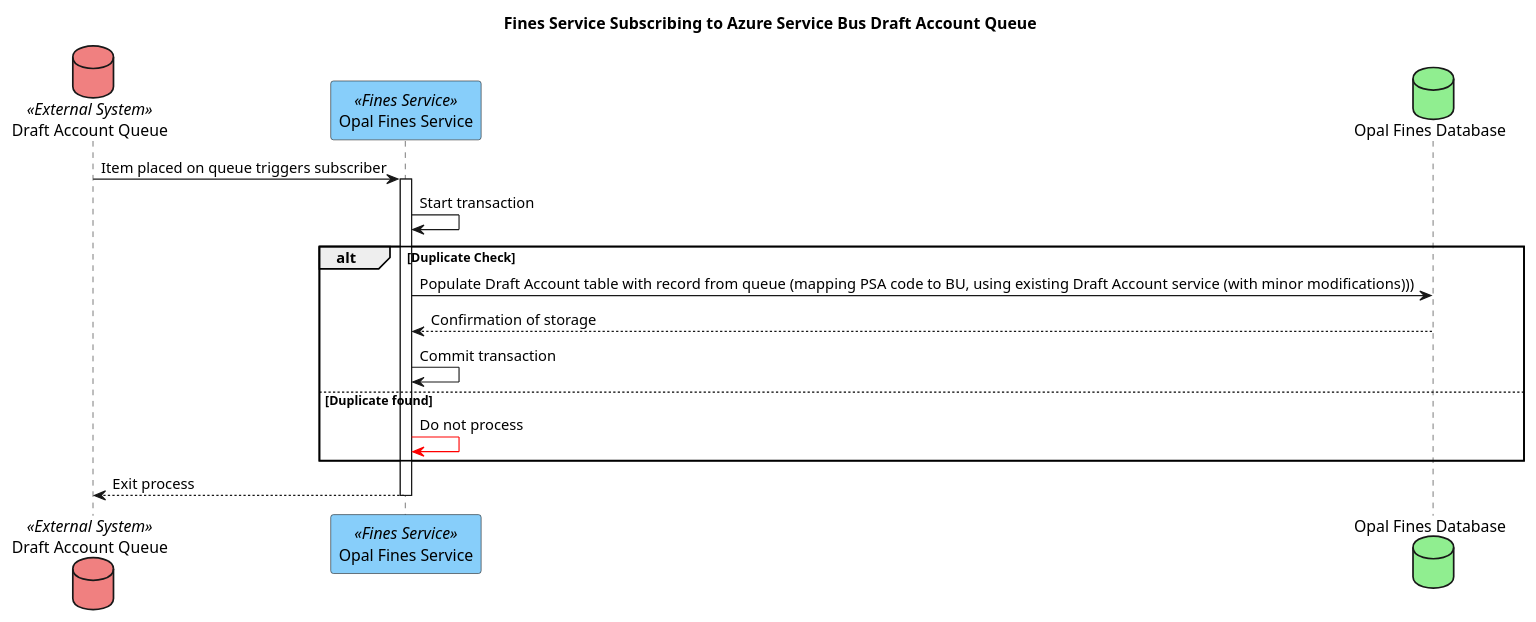
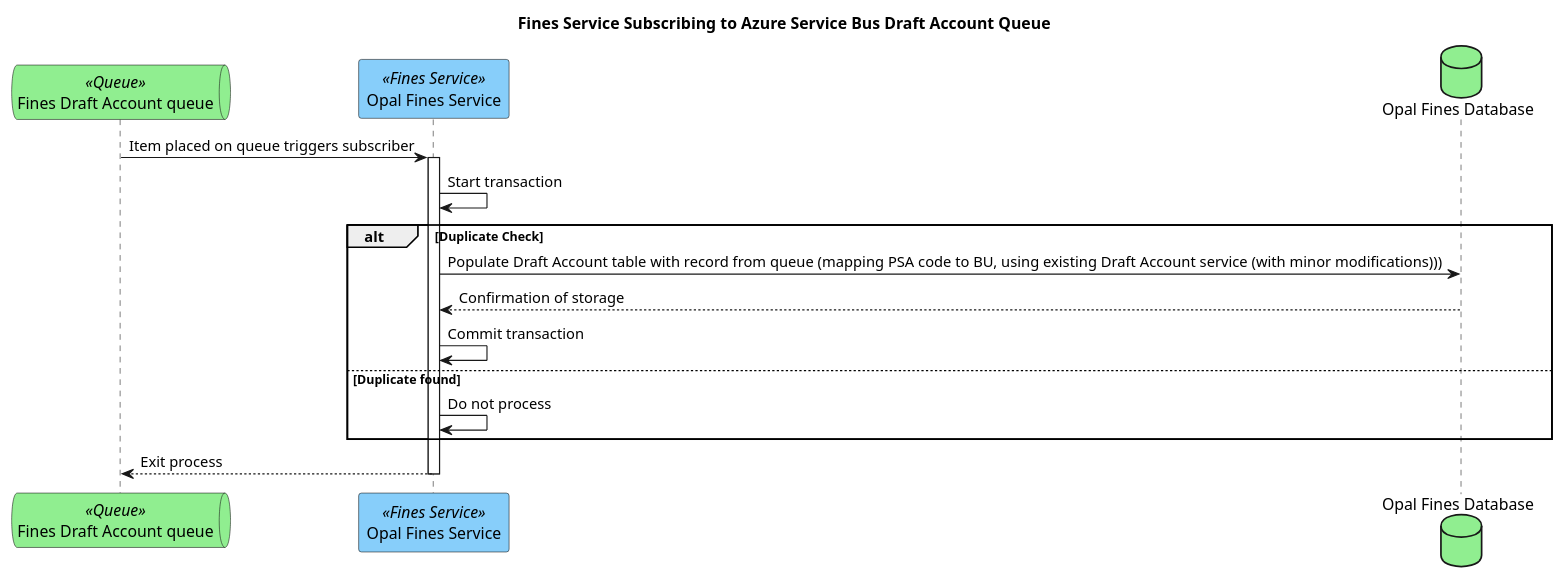
Before and after one commit to hmcts/opal-docs: the diagram in plantUML/external-interfaces/fines-from-vpfpo-queue.puml, drawn with PlantUML.

Commit message:
Changing subscriber e2e diagram: making queue a queue shape and correct colouring.

```diff
--- a/plantUML/external-interfaces/fines-from-vpfpo-queue.puml
+++ b/plantUML/external-interfaces/fines-from-vpfpo-queue.puml
@@ -1,17 +1,17 @@
 @startuml
 title Fines Service Subscribing to Azure Service Bus Draft Account Queue
-database "Draft Account Queue" as draftAccountQueue <<External System>> #LightCoral
+queue "Fines Draft Account queue" as finesDraftAccountQueue <<Queue>> #lightgreen
 participant "Opal Fines Service" as finesService <<Fines Service>> #LightSkyBlue
 database "Opal Fines Database" as finesDb #LightGreen
 
-draftAccountQueue -> finesService ++ : Item placed on queue triggers subscriber
+finesDraftAccountQueue -> finesService ++ : Item placed on queue triggers subscriber
 finesService -> finesService : Start transaction
 alt Duplicate Check
     finesService -> finesDb : Populate Draft Account table with record from queue (mapping PSA code to BU, using existing Draft Account service (with minor modifications)))
     finesDb --> finesService -- : Confirmation of storage
     finesService -> finesService : Commit transaction
 else Duplicate found
-    finesService[#red]-> finesService : Do not process
+    finesService -> finesService : Do not process
 end
-finesService --> draftAccountQueue -- : Exit process
+finesService --> finesDraftAccountQueue -- : Exit process
 @enduml
```
